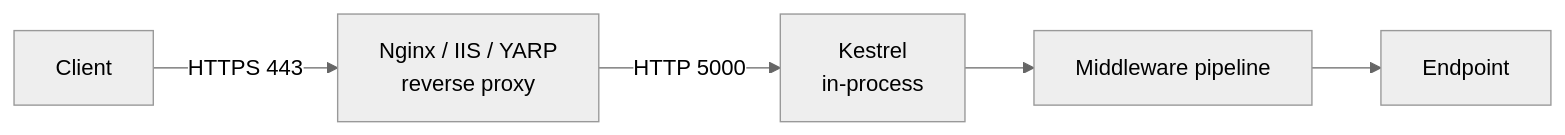
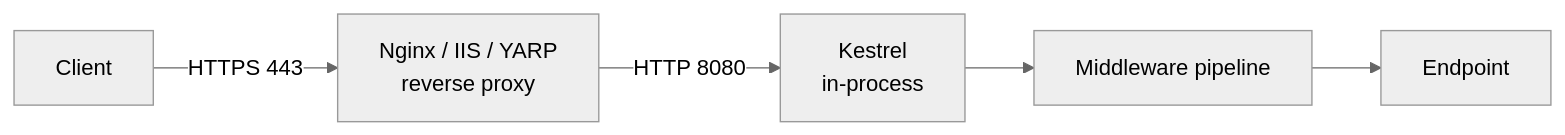
Before and after one commit to TienNHM/dotnet-course: the diagram in lessons/stage-03-aspnet-core-backend/module-08-aspnet-core-fundamentals/8.1-aspnet-core-architecture.md, drawn with Mermaid (neutral theme). The commit also changed other lines of this file and 14 other files, not shown here.

````diff
--- a/lessons/stage-03-aspnet-core-backend/module-08-aspnet-core-fundamentals/8.1-aspnet-core-architecture.md
+++ b/lessons/stage-03-aspnet-core-backend/module-08-aspnet-core-fundamentals/8.1-aspnet-core-architecture.md
@@ -32,7 +35,7 @@
 ```mermaid
 flowchart LR
     C[Client] -->|HTTPS 443| N[Nginx / IIS / YARP<br/>reverse proxy]
-    N -->|HTTP 5000| K[Kestrel<br/>in-process]
+    N -->|HTTP 8080| K[Kestrel<br/>in-process]
     K --> M[Middleware pipeline]
     M --> E[Endpoint]
 ```
````
